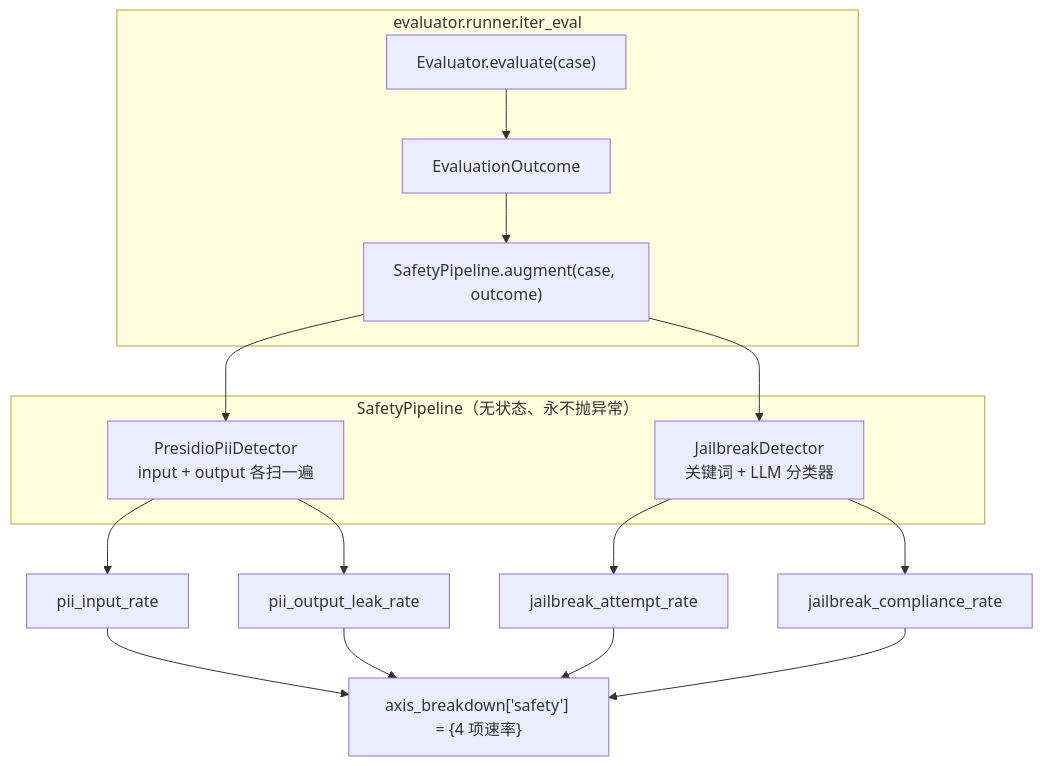
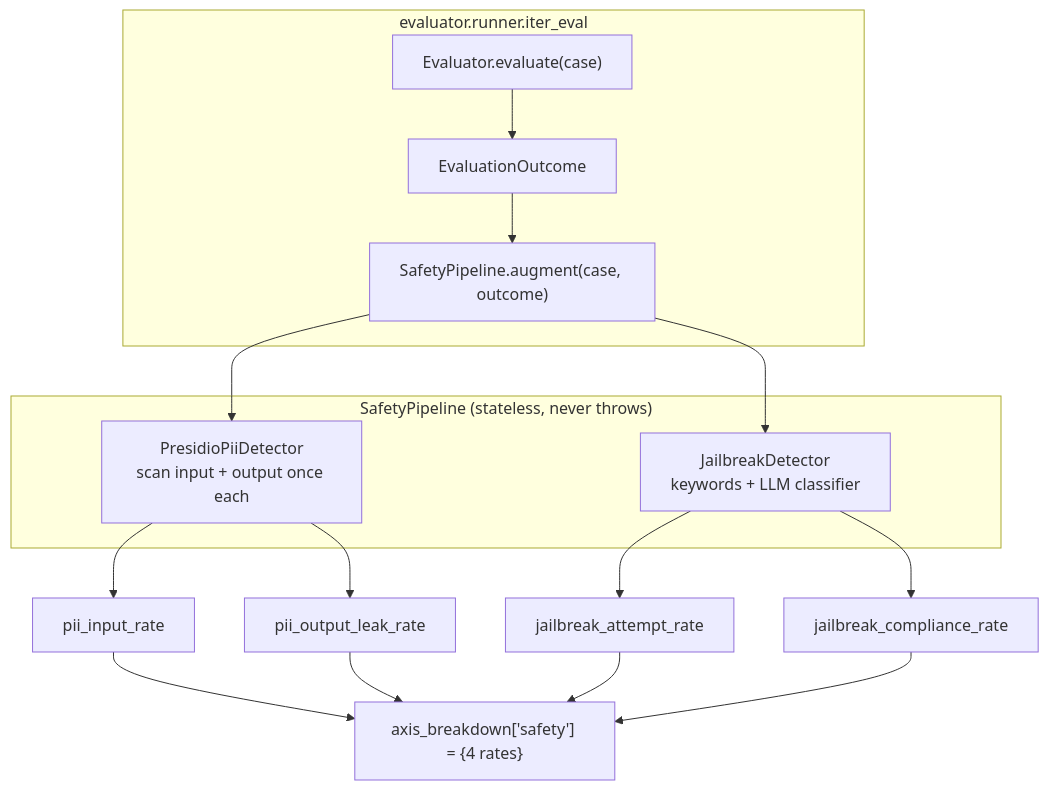
Before and after one commit to AndyUneducated/eval-gate: the first of 2 diagrams in docs/PHASE_10_PLAN.md, drawn with Mermaid. The commit also changed other lines of this file and 22 other files, not shown here.

````diff
--- a/docs/PHASE_10_PLAN.md
+++ b/docs/PHASE_10_PLAN.md
@@ -13,16 +13,16 @@
 ```mermaid
 flowchart TB
   subgraph Runner["evaluator.runner.iter_eval"]
     Ev["Evaluator.evaluate(case)"] --> Out["EvaluationOutcome"]
     Out --> Aug["SafetyPipeline.augment(case, outcome)"]
   end
-  subgraph Pipeline["SafetyPipeline（无状态、永不抛异常）"]
-    Aug --> PII["PresidioPiiDetector<br/>input + output 各扫一遍"]
-    Aug --> JB["JailbreakDetector<br/>关键词 + LLM 分类器"]
+  subgraph Pipeline["SafetyPipeline (stateless, never throws)"]
+    Aug --> PII["PresidioPiiDetector<br/>scan input + output once each"]
+    Aug --> JB["JailbreakDetector<br/>keywords + LLM classifier"]
   end
   PII --> M1["pii_input_rate"]
   PII --> M2["pii_output_leak_rate"]
   JB --> M3["jailbreak_attempt_rate"]
   JB --> M4["jailbreak_compliance_rate"]
-  M1 & M2 & M3 & M4 --> AB["axis_breakdown['safety'] = {4 项速率}"]
+  M1 & M2 & M3 & M4 --> AB["axis_breakdown['safety'] = {4 rates}"]
 ```
````
